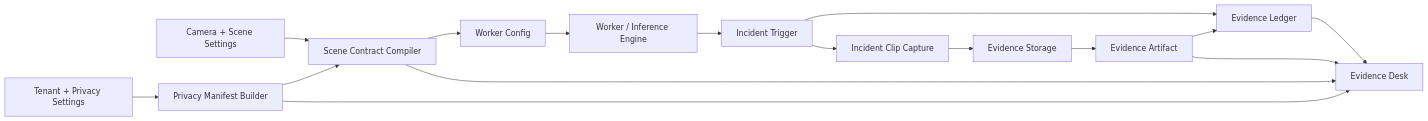
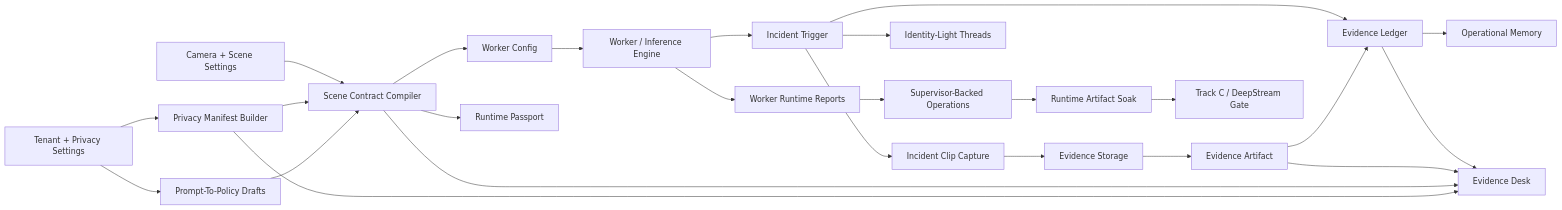
Before and after one commit to mugetsu79/vision: the diagram in docs/superpowers/specs/2026-05-11-accountable-scene-intelligence-and-evidence-recording-design.md, drawn with Mermaid. The commit also changed other lines of this file and 2 other files, not shown here.

Commit message:
docs(plan): unify accountable runtime runway

````diff
--- a/docs/superpowers/specs/2026-05-11-accountable-scene-intelligence-and-evidence-recording-design.md
+++ b/docs/superpowers/specs/2026-05-11-accountable-scene-intelligence-and-evidence-recording-design.md
@@ -566,18 +1003,27 @@
 ```mermaid
 flowchart LR
   Camera["Camera + Scene Settings"] --> ContractCompiler["Scene Contract Compiler"]
   Privacy["Tenant + Privacy Settings"] --> ManifestBuilder["Privacy Manifest Builder"]
   ManifestBuilder --> ContractCompiler
   ContractCompiler --> WorkerConfig["Worker Config"]
   WorkerConfig --> Worker["Worker / Inference Engine"]
   Worker --> Trigger["Incident Trigger"]
   Trigger --> Capture["Incident Clip Capture"]
   Capture --> Store["Evidence Storage"]
   Store --> Artifact["Evidence Artifact"]
   Trigger --> Ledger["Evidence Ledger"]
   Artifact --> Ledger
   Ledger --> Desk["Evidence Desk"]
   Artifact --> Desk
   ContractCompiler --> Desk
   ManifestBuilder --> Desk
+  ContractCompiler --> Passport["Runtime Passport"]
+  Ledger --> Memory["Operational Memory"]
+  Trigger --> CrossCamera["Identity-Light Threads"]
+  Privacy --> PolicyDraft["Prompt-To-Policy Drafts"]
+  PolicyDraft --> ContractCompiler
+  Worker --> RuntimeReport["Worker Runtime Reports"]
+  RuntimeReport --> Operations["Supervisor-Backed Operations"]
+  Operations --> Soak["Runtime Artifact Soak"]
+  Soak --> DeepStream["Track C / DeepStream Gate"]
 ```
````
